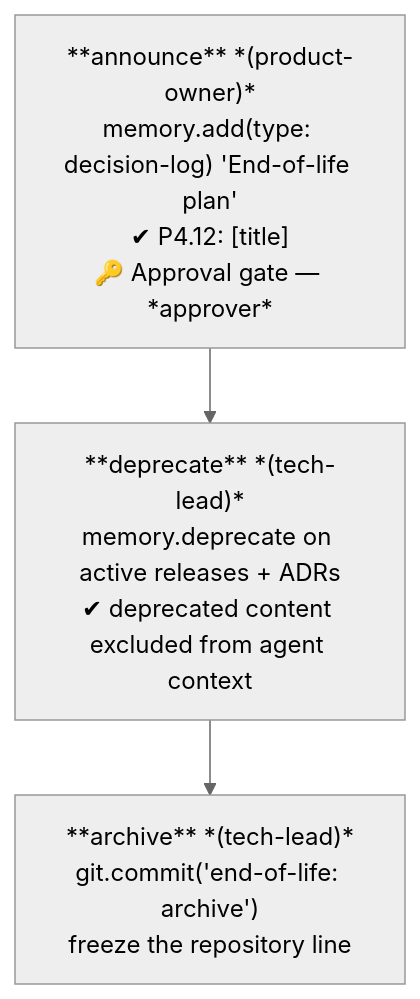
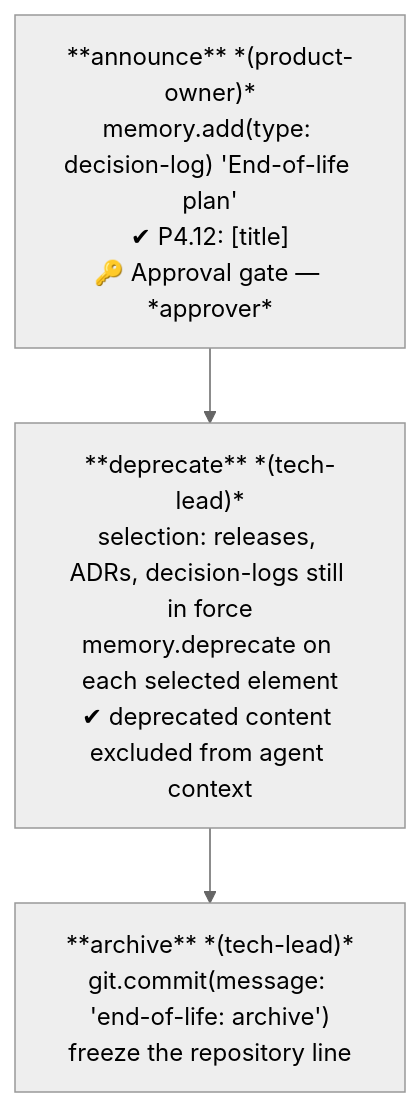
Diagram 14 of 24 in .wingfoil/WORKFLOW.md (wingfoil/wingfoil), drawn with Mermaid (neutral theme) before and after one commit. The commit also changed other lines of this file and 18 other files, not shown here.

````diff
--- a/.wingfoil/WORKFLOW.md
+++ b/.wingfoil/WORKFLOW.md
@@ -305,8 +318,8 @@
 ```mermaid
 flowchart TD
     AN["**announce** *(product-owner)*\nmemory.add(type: decision-log) 'End-of-life plan'\n✔ P4.12: [title]\n🔑 Approval gate — *approver*"]
-    DE["**deprecate** *(tech-lead)*\nmemory.deprecate on active releases + ADRs\n✔ deprecated content excluded from agent context"]
-    AR["**archive** *(tech-lead)*\ngit.commit('end-of-life: archive')\nfreeze the repository line"]
+    DE["**deprecate** *(tech-lead)*\nselection: releases, ADRs, decision-logs still in force\nmemory.deprecate on each selected element\n✔ deprecated content excluded from agent context"]
+    AR["**archive** *(tech-lead)*\ngit.commit(message: 'end-of-life: archive')\nfreeze the repository line"]
 
     AN --> DE --> AR
 ```
````
